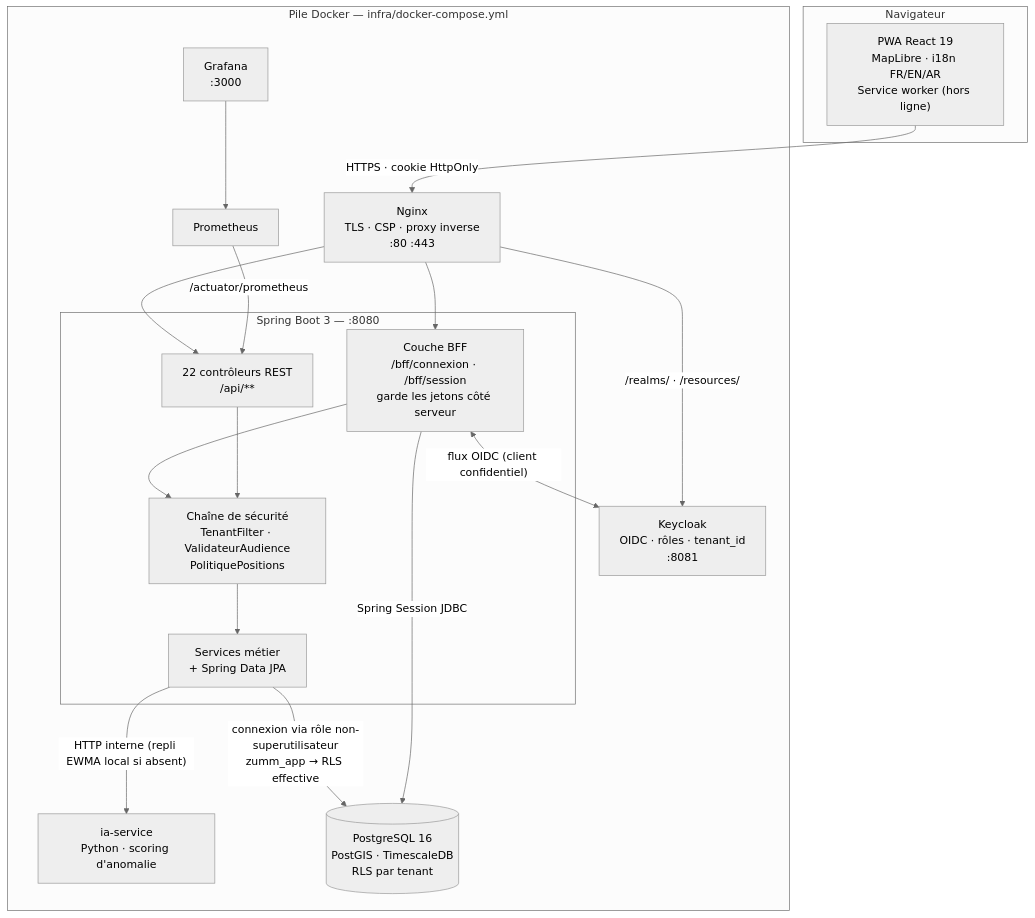
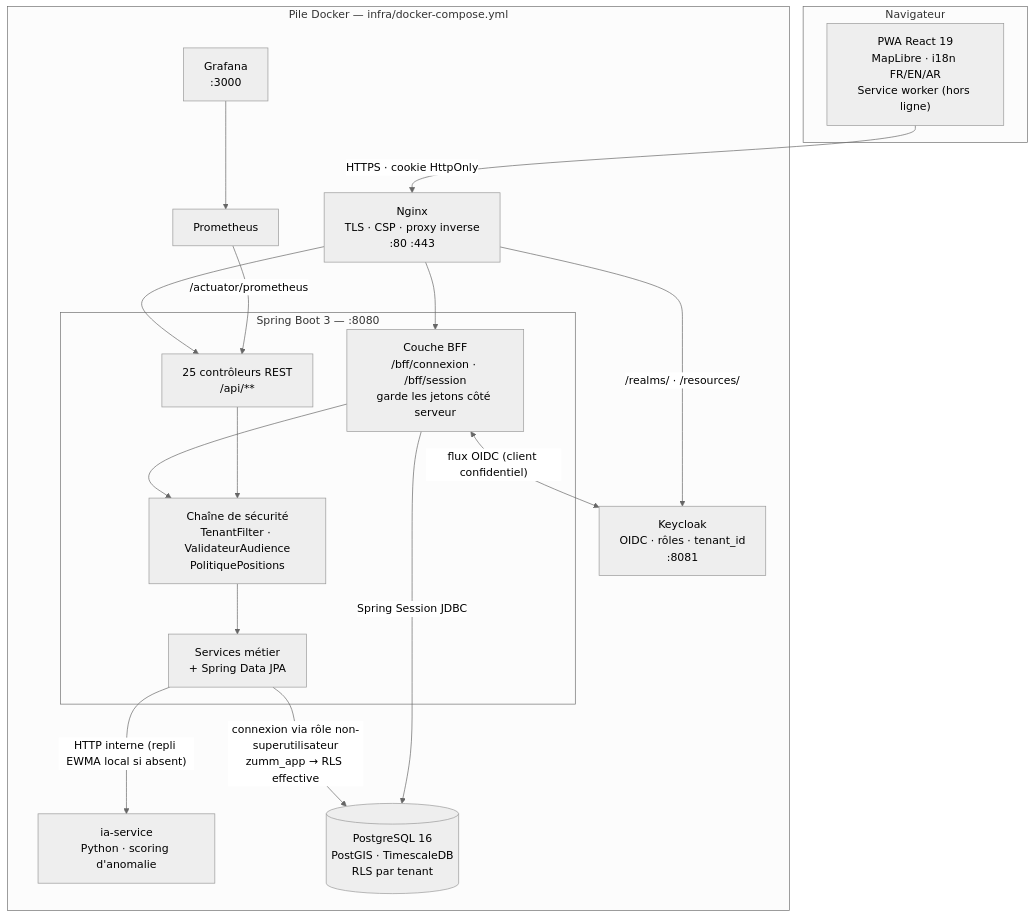
One commit to iyednefzi99/Z-mm changed the diagram in README.md. Above: the diagram before and after it, drawn with Mermaid (neutral theme). The commit also changed other lines of this file and 24 other files, not shown here.

````diff
--- a/README.md
+++ b/README.md
@@ -103,38 +119,38 @@
 ```mermaid
 flowchart TB
     subgraph nav["Navigateur"]
         PWA["PWA React 19<br/>MapLibre · i18n FR/EN/AR<br/>Service worker (hors ligne)"]
     end
 
     PWA -- "HTTPS · cookie HttpOnly" --> NGINX
 
     subgraph docker["Pile Docker — infra/docker-compose.yml"]
         NGINX["Nginx<br/>TLS · CSP · proxy inverse<br/>:80 :443"]
 
         subgraph api["Spring Boot 3 — :8080"]
             BFF["Couche BFF<br/>/bff/connexion · /bff/session<br/>garde les jetons côté serveur"]
             SEC["Chaîne de sécurité<br/>TenantFilter · ValidateurAudience<br/>PolitiquePositions"]
-            REST["22 contrôleurs REST<br/>/api/**"]
+            REST["25 contrôleurs REST<br/>/api/**"]
             METIER["Services métier<br/>+ Spring Data JPA"]
         end
 
         KC["Keycloak<br/>OIDC · rôles · tenant_id<br/>:8081"]
         IA["ia-service<br/>Python · scoring d'anomalie"]
         PG[("PostgreSQL 16<br/>PostGIS · TimescaleDB<br/>RLS par tenant")]
         PROM["Prometheus"]
         GRAF["Grafana<br/>:3000"]
     end
 
     NGINX --> BFF
     NGINX --> REST
     NGINX -- "/realms/ · /resources/" --> KC
     BFF <-- "flux OIDC (client confidentiel)" --> KC
     BFF --> SEC
     REST --> SEC
     SEC --> METIER
     METIER -- "connexion via rôle non-superutilisateur<br/>zumm_app → RLS effective" --> PG
     METIER -- "HTTP interne (repli EWMA local si absent)" --> IA
     BFF -- "Spring Session JDBC" --> PG
     PROM -- "/actuator/prometheus" --> REST
     GRAF --> PROM
 ```
````
